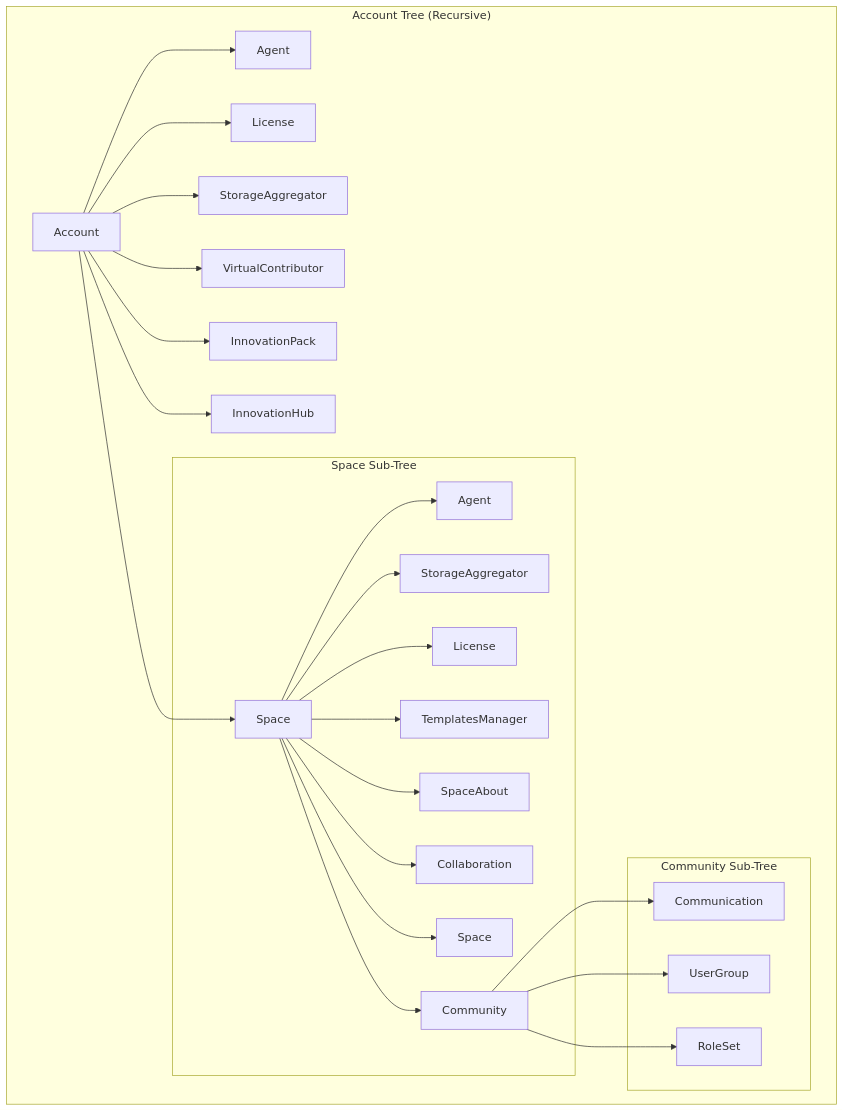
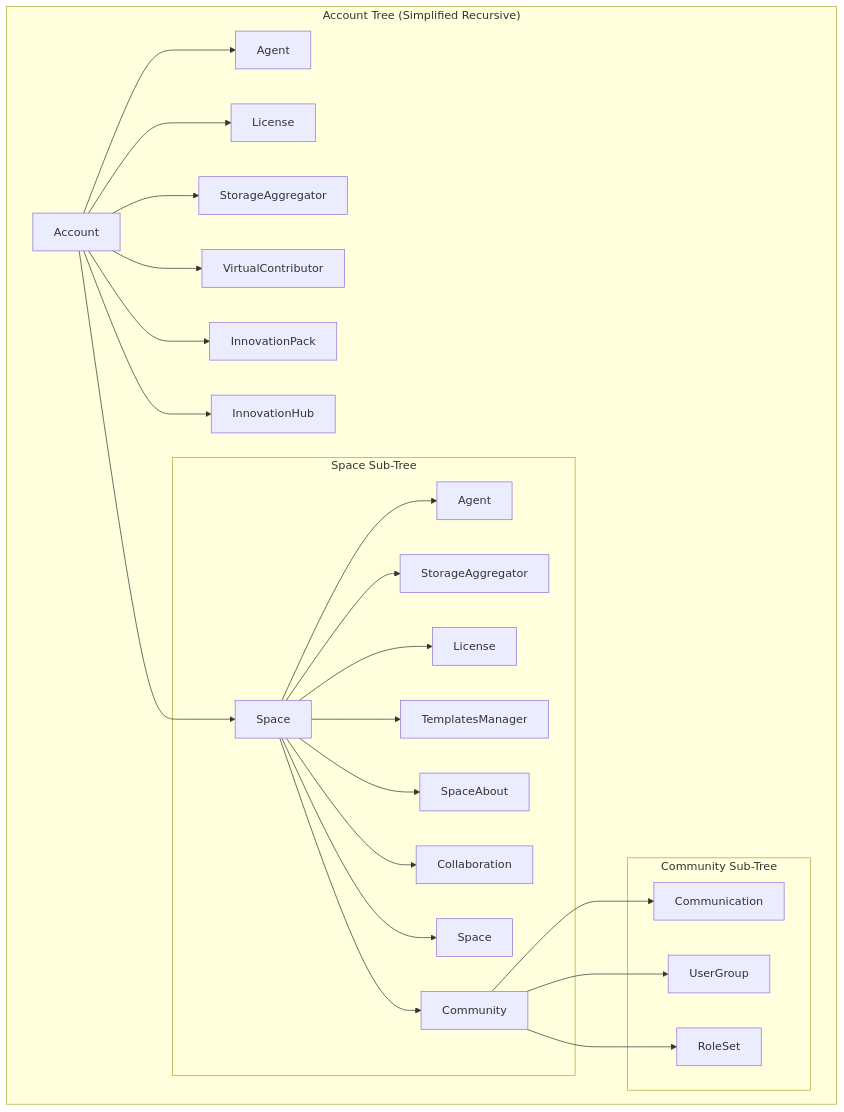
One commit to alkem-io/server changed the ninth of 13 diagrams in docs/credential-based-authorization.md. Above: the diagram before and after it, drawn with Mermaid. The commit also changed other lines of this file, not shown here.

First line of the commit message:
Simplifies authorization tree diagrams.

````diff
--- a/docs/credential-based-authorization.md
+++ b/docs/credential-based-authorization.md
@@ -281,29 +285,29 @@
 ```mermaid
 graph TD
-    subgraph "Account Tree (Recursive)"
-        Account --> AccountAgent[Agent];
-        Account --> License;
-        Account --> AccountStorage[StorageAggregator];
-        Account --> VirtualContributor;
-        Account --> InnovationPack;
-        Account --> InnovationHub;
-        Account --> Space;
+    subgraph "Account Tree (Simplified Recursive)"
+        Account --> AccountAgent[Agent]
+        Account --> License
+        Account --> AccountStorage[StorageAggregator]
+        Account --> VirtualContributor
+        Account --> InnovationPack
+        Account --> InnovationHub
+        Account --> Space
 
         subgraph "Space Sub-Tree"
-            Space --> SpaceAgent[Agent];
-            Space --> SpaceStorage[StorageAggregator];
-            Space --> SpaceLicense[License];
-            Space --> TemplatesManager;
-            Space --> SpaceAbout;
-            Space --> Collaboration;
-            Space --> SubSpace[Space];
-            Space --> Community;
+            Space --> SpaceAgent[Agent]
+            Space --> SpaceStorage[StorageAggregator]
+            Space --> SpaceLicense[License]
+            Space --> TemplatesManager
+            Space --> SpaceAbout
+            Space --> Collaboration
+            Space --> SubSpace[Space]
+            Space --> Community
         end
 
         subgraph "Community Sub-Tree"
-            Community --> Communication;
-            Community --> CommunityUserGroup[UserGroup];
-            Community --> CommunityRoleSet[RoleSet];
+            Community --> Communication
+            Community --> CommunityUserGroup[UserGroup]
+            Community --> CommunityRoleSet[RoleSet]
         end
     end
 ```
````
